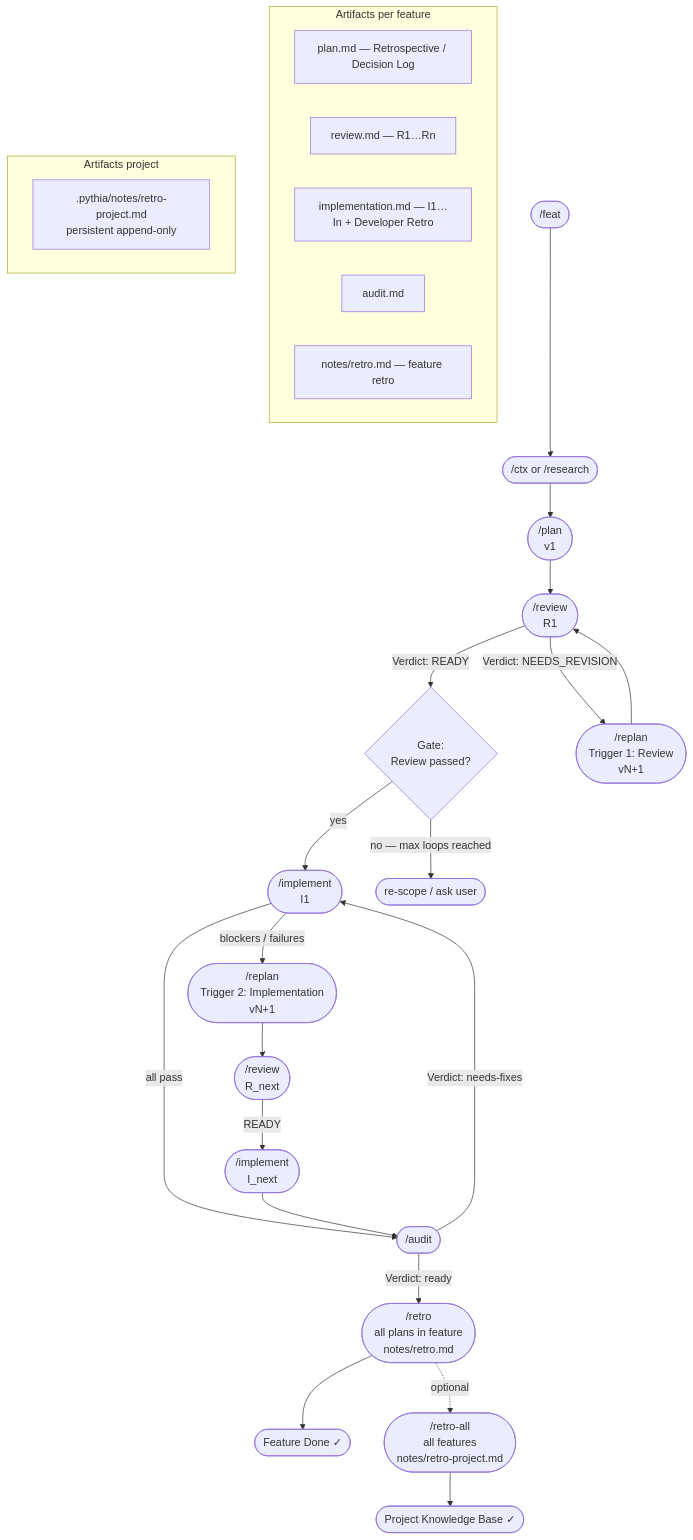
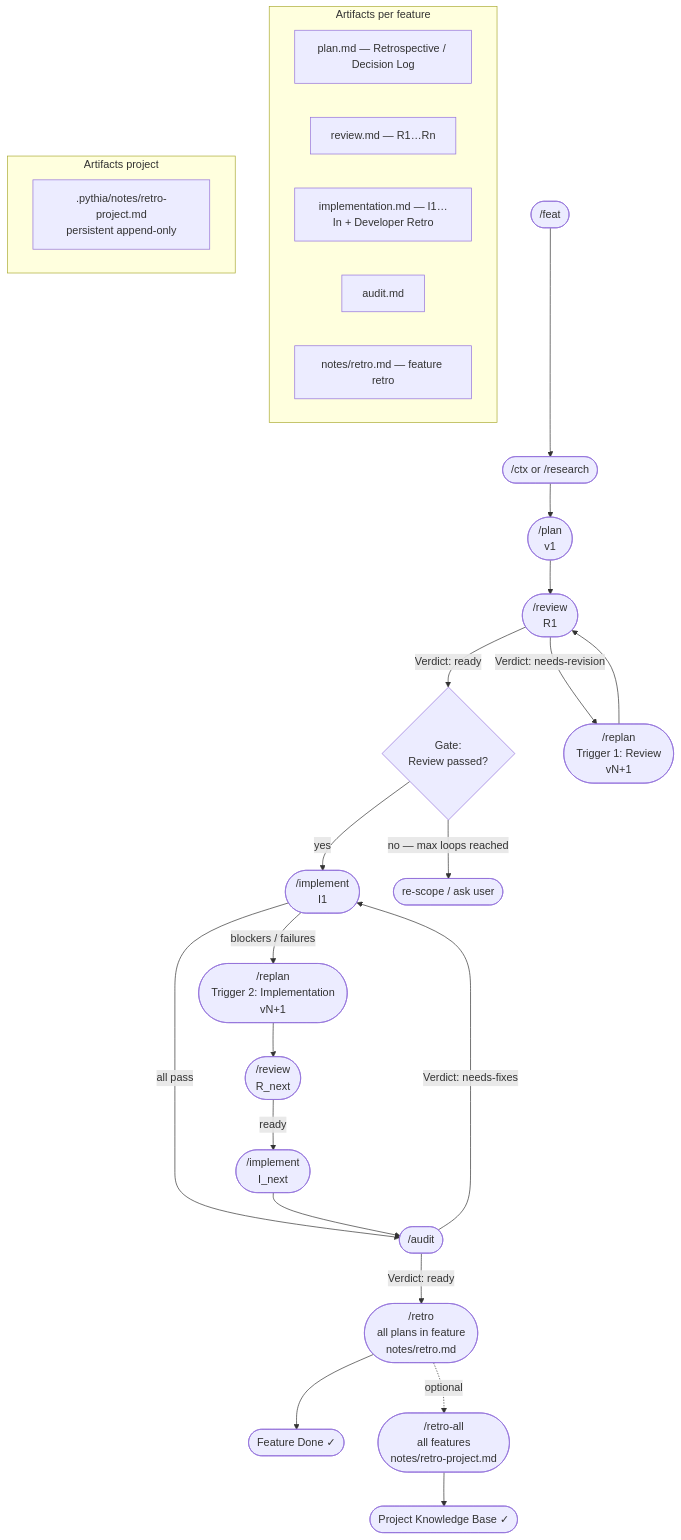
Before and after one commit to matochu/pythia: the diagram in skills/workflow/SKILL.md, drawn with Mermaid. The commit also changed other lines of this file and 41 other files, not shown here.

````diff
--- a/skills/workflow/SKILL.md
+++ b/skills/workflow/SKILL.md
@@ -185,39 +185,39 @@
 ```mermaid
 flowchart TD
     A([/feat]) --> B([/ctx or /research])
     B --> C([/plan\nv1])
 
     C --> D([/review\nR1])
 
-    D -->|Verdict: READY| E{Gate:\nReview passed?}
-    D -->|Verdict: NEEDS_REVISION| F([/replan\nTrigger 1: Review\nvN+1])
+    D -->|Verdict: ready| E{Gate:\nReview passed?}
+    D -->|Verdict: needs-revision| F([/replan\nTrigger 1: Review\nvN+1])
     F --> D
 
     E -->|yes| G([/implement\nI1])
     E -->|no — max loops reached| Z([re-scope / ask user])
 
     G -->|all pass| H([/audit])
     G -->|blockers / failures| I([/replan\nTrigger 2: Implementation\nvN+1])
     I --> D2([/review\nR_next])
-    D2 -->|READY| G2([/implement\nI_next])
+    D2 -->|ready| G2([/implement\nI_next])
     G2 --> H
 
     H -->|Verdict: ready| J([/retro\nall plans in feature\nnotes/retro.md])
     H -->|Verdict: needs-fixes| G
 
     J --> K([Feature Done ✓])
     J -.->|optional| L([/retro-all\nall features\nnotes/retro-project.md])
     L --> M([Project Knowledge Base ✓])
 
     subgraph Artifacts per feature
         P1[plan.md — Retrospective / Decision Log]
         P2[review.md — R1…Rn]
         P3[implementation.md — I1…In + Developer Retro]
         P4[audit.md]
         P5[notes/retro.md — feature retro]
     end
 
     subgraph Artifacts project
         Q1[.pythia/notes/retro-project.md\npersistent append-only]
     end
 ```
````
